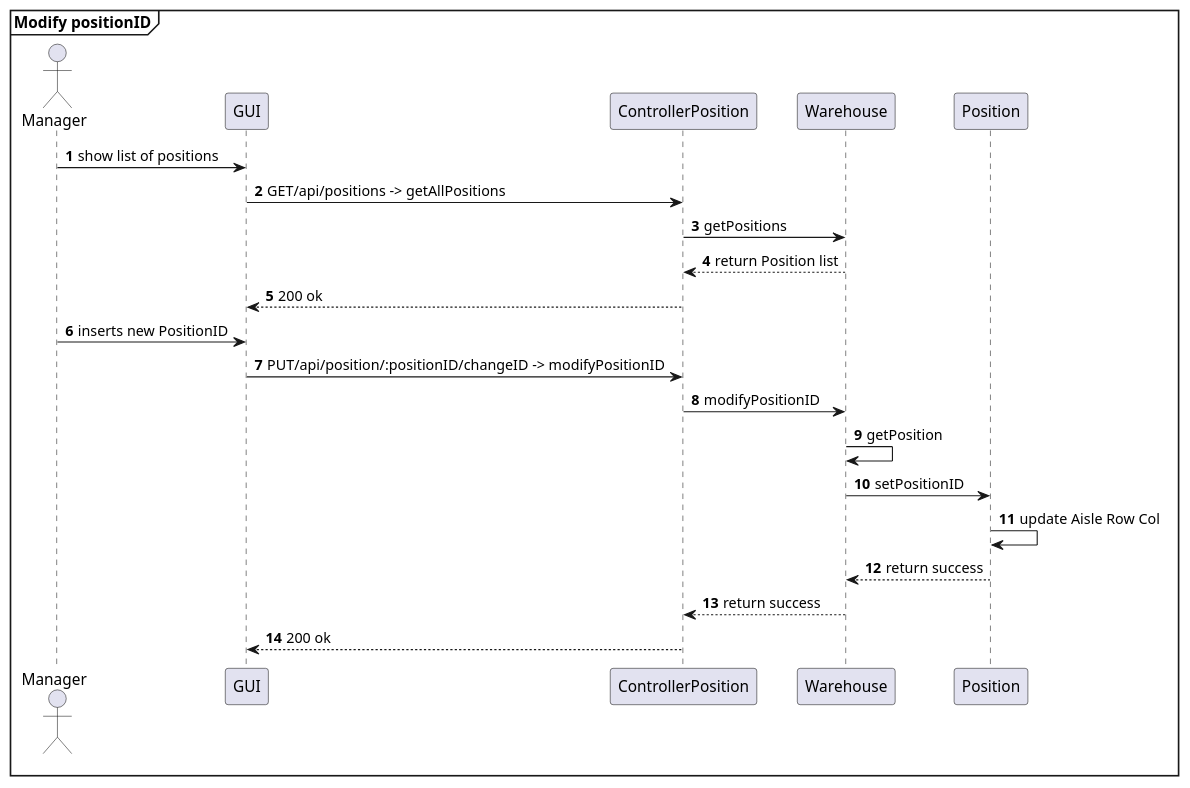
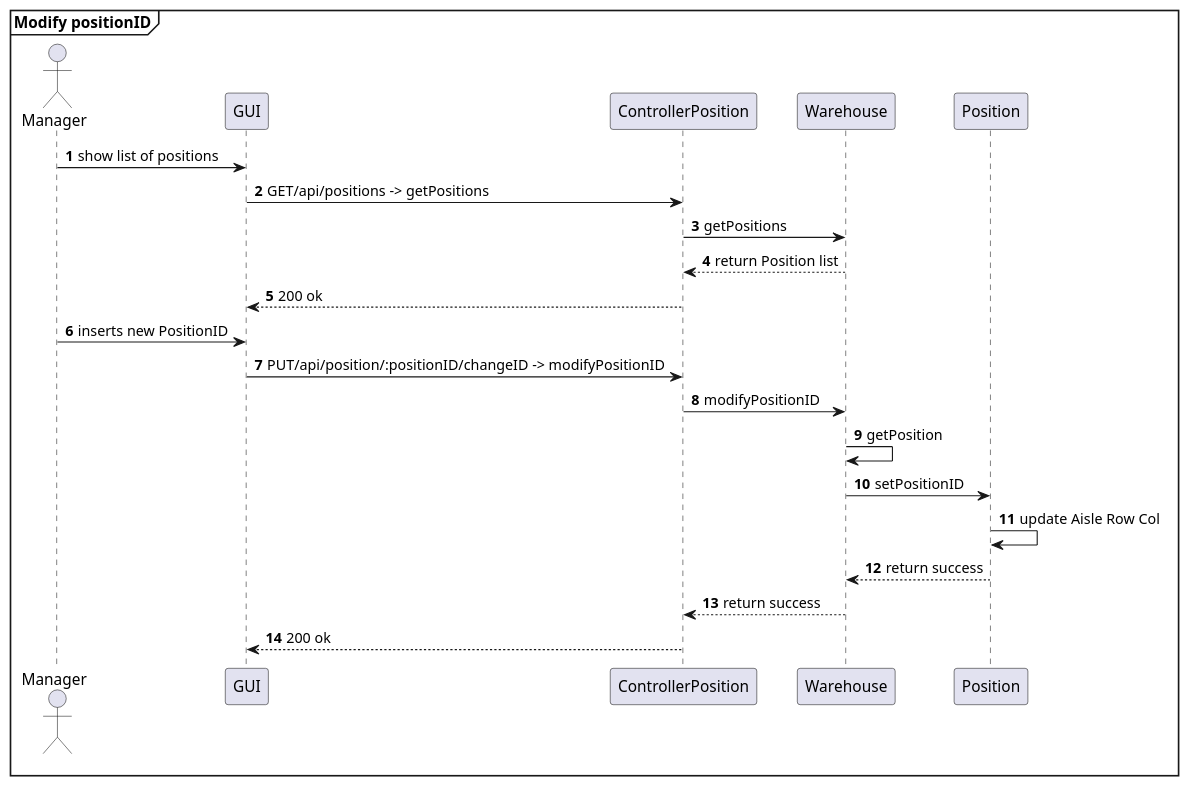
Before and after one commit to AlexZampa/EzWh: the seventh of 31 diagrams in DesignDocument.md, drawn with PlantUML. The commit also changed other lines of this file, not shown here.

````diff
--- a/DesignDocument.md
+++ b/DesignDocument.md
@@ -624,27 +624,27 @@
 ```plantuml
 mainframe **Modify positionID**
 actor Manager
 participant GUI
 participant ControllerPosition
 participant Warehouse
 participant Position
 
 autonumber
 Manager -> GUI : show list of positions
-GUI -> ControllerPosition : GET/api/positions -> getAllPositions
+GUI -> ControllerPosition : GET/api/positions -> getPositions
 ControllerPosition -> Warehouse : getPositions
 ControllerPosition <-- Warehouse : return Position list
 GUI <-- ControllerPosition : 200 ok
 
 Manager -> GUI : inserts new PositionID
 GUI -> ControllerPosition : PUT/api/position/:positionID/changeID -> modifyPositionID
 ControllerPosition -> Warehouse : modifyPositionID
 Warehouse -> Warehouse : getPosition
 Warehouse -> Position : setPositionID
 Position -> Position : update Aisle Row Col
 Warehouse <-- Position : return success
 ControllerPosition <-- Warehouse : return success
 GUI <-- ControllerPosition : 200 ok
 
 @enduml
 ```
````
